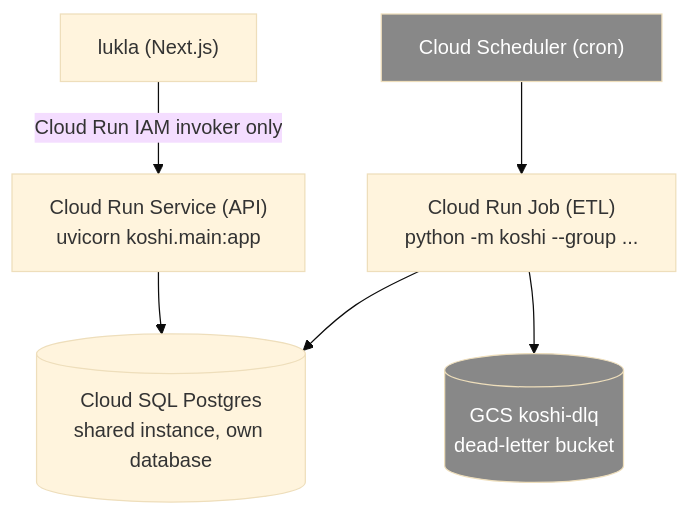
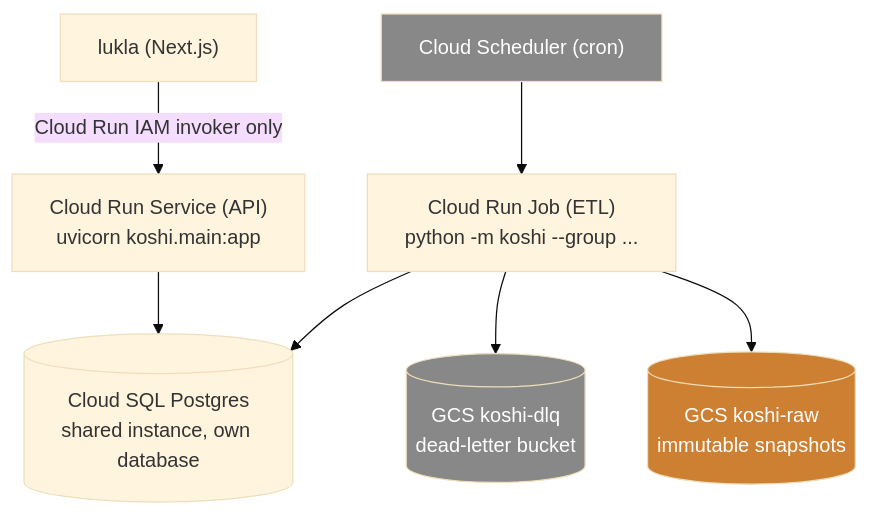
The sixth of 6 diagrams in docs/superpowers/specs/2026-08-16-koshi-etl-architecture.md (judasprabin/koshi), drawn with Mermaid (base theme) before and after one commit. The commit also changed other lines of this file and 2 other files, not shown here.

First line of the commit message:
Add URL catalog, data model, and rebuilt architecture doc (feedback.md merge)

````diff
--- a/docs/superpowers/specs/2026-08-16-koshi-etl-architecture.md
+++ b/docs/superpowers/specs/2026-08-16-koshi-etl-architecture.md
@@ -604,11 +1143,13 @@
 ```mermaid
 flowchart TB
     CS["Cloud Scheduler (cron)"] --> CRJ["Cloud Run Job (ETL)<br/>python -m koshi --group ..."]
     CRJ --> SQL[("Cloud SQL Postgres<br/>shared instance, own database")]
     CRJ --> DLQ[("GCS koshi-dlq<br/>dead-letter bucket")]
+    CRJ --> RAW[("GCS koshi-raw<br/>immutable snapshots")]
     LUKLA["lukla (Next.js)"] -->|"Cloud Run IAM invoker only"| CRS["Cloud Run Service (API)<br/>uvicorn koshi.main:app"]
     CRS --> SQL
 
     style CS fill:#888,color:#fff
     style DLQ fill:#888,color:#fff
+    style RAW fill:#cd7f32,color:#fff
 ```
````
